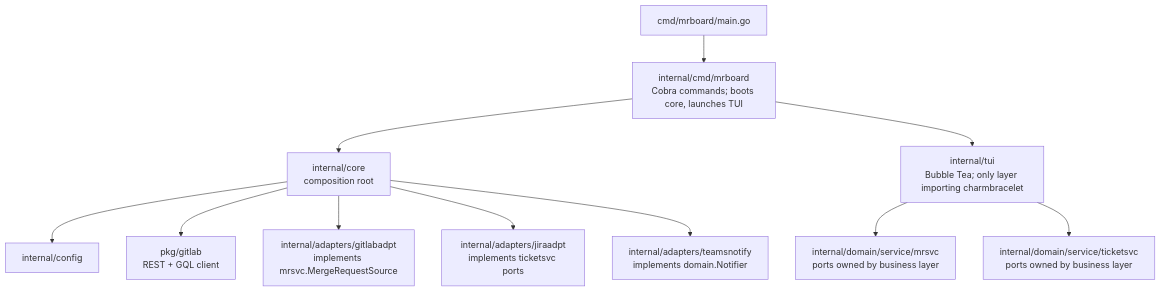
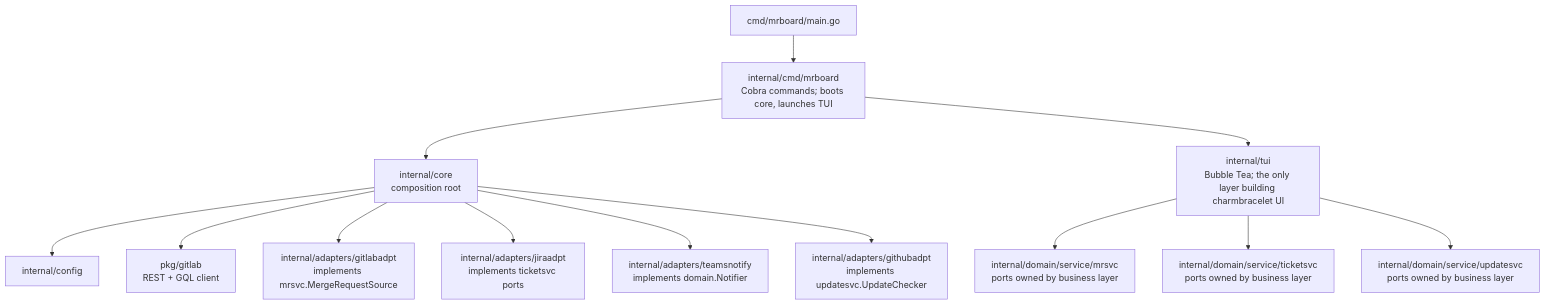
Before and after one commit to ceffo/mrboard: the first of 2 diagrams in docs/architecture.md, drawn with Mermaid. The commit also changed other lines of this file and 45 other files, not shown here.

````diff
--- a/docs/architecture.md
+++ b/docs/architecture.md
@@ -8,13 +8,15 @@
 ```mermaid
 graph TD
     A["cmd/mrboard/main.go"] --> B["internal/cmd/mrboard<br>Cobra commands; boots core, launches TUI"]
     B --> C["internal/core<br>composition root"]
     C --> D["internal/config"]
     C --> E["pkg/gitlab<br>REST + GQL client"]
     C --> F["internal/adapters/gitlabadpt<br>implements mrsvc.MergeRequestSource"]
     C --> J["internal/adapters/jiraadpt<br>implements ticketsvc ports"]
     C --> K["internal/adapters/teamsnotify<br>implements domain.Notifier"]
-    B --> G["internal/tui<br>Bubble Tea; only layer importing charmbracelet"]
+    C --> M["internal/adapters/githubadpt<br>implements updatesvc.UpdateChecker"]
+    B --> G["internal/tui<br>Bubble Tea; the only layer building charmbracelet UI"]
     G --> H["internal/domain/service/mrsvc<br>ports owned by business layer"]
     G --> L["internal/domain/service/ticketsvc<br>ports owned by business layer"]
+    G --> N["internal/domain/service/updatesvc<br>ports owned by business layer"]
 ```
````
